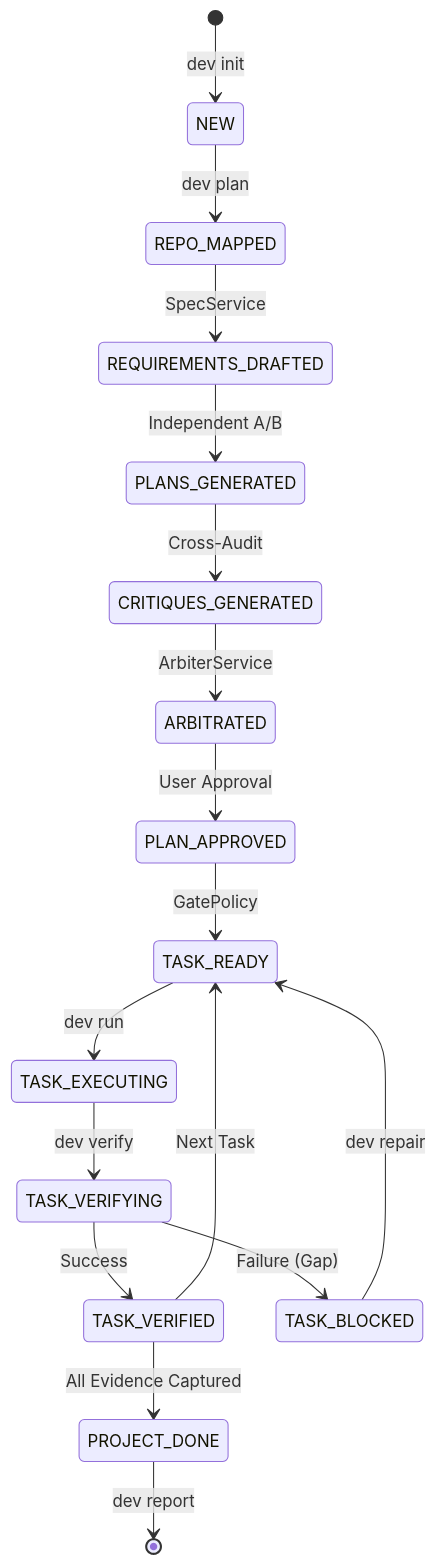
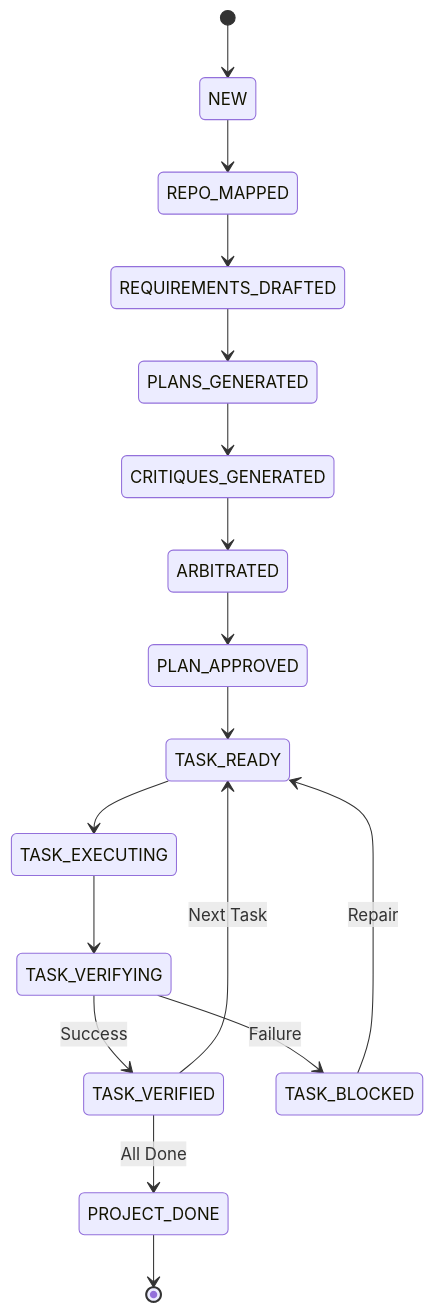
One commit to bharathvbcr/DevCouncil changed the second of 2 diagrams in README.md. Above: the diagram before and after it, drawn with Mermaid. The commit also changed other lines of this file, not shown here.

````diff
--- a/README.md
+++ b/README.md
@@ -92,24 +116,24 @@
 ```mermaid
 stateDiagram-v2
-    [*] --> NEW: dev init
-    NEW --> REPO_MAPPED: dev plan
-    REPO_MAPPED --> REQUIREMENTS_DRAFTED: SpecService
-    REQUIREMENTS_DRAFTED --> PLANS_GENERATED: Independent A/B
-    PLANS_GENERATED --> CRITIQUES_GENERATED: Cross-Audit
-    CRITIQUES_GENERATED --> ARBITRATED: ArbiterService
-    ARBITRATED --> PLAN_APPROVED: User Approval
-    PLAN_APPROVED --> TASK_READY: GatePolicy
+    [*] --> NEW
+    NEW --> REPO_MAPPED
+    REPO_MAPPED --> REQUIREMENTS_DRAFTED
+    REQUIREMENTS_DRAFTED --> PLANS_GENERATED
+    PLANS_GENERATED --> CRITIQUES_GENERATED
+    CRITIQUES_GENERATED --> ARBITRATED
+    ARBITRATED --> PLAN_APPROVED
+    PLAN_APPROVED --> TASK_READY
     
-    TASK_READY --> TASK_EXECUTING: dev run
-    TASK_EXECUTING --> TASK_VERIFYING: dev verify
+    TASK_READY --> TASK_EXECUTING
+    TASK_EXECUTING --> TASK_VERIFYING
     
     TASK_VERIFYING --> TASK_VERIFIED: Success
-    TASK_VERIFYING --> TASK_BLOCKED: Failure (Gap)
+    TASK_VERIFYING --> TASK_BLOCKED: Failure
     
-    TASK_BLOCKED --> TASK_READY: dev repair
+    TASK_BLOCKED --> TASK_READY: Repair
     
     TASK_VERIFIED --> TASK_READY: Next Task
-    TASK_VERIFIED --> PROJECT_DONE: All Evidence Captured
+    TASK_VERIFIED --> PROJECT_DONE: All Done
     
-    PROJECT_DONE --> [*]: dev report
+    PROJECT_DONE --> [*]
 ```
````
